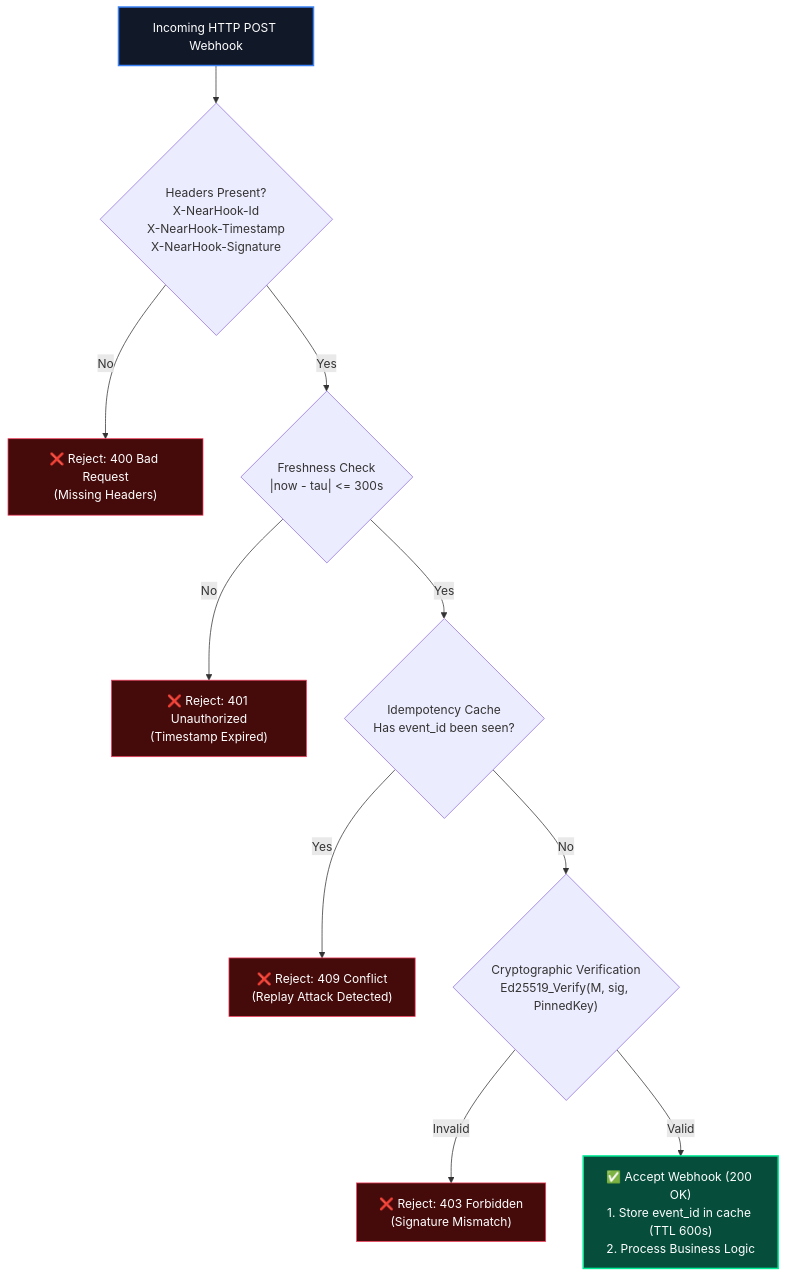
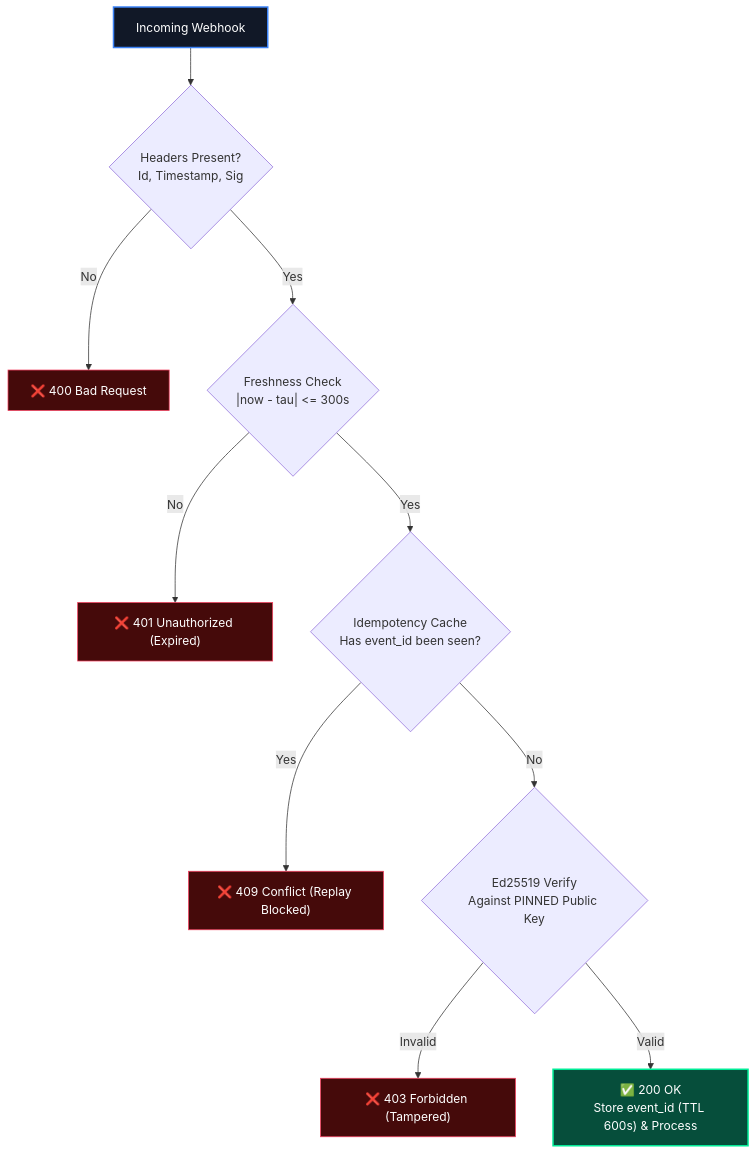
The fourth of 7 diagrams in whitepaper.md (Team-Managed/NEARHook), drawn with Mermaid before and after one commit. The commit also changed other lines of this file and 4 other files, not shown here.

````diff
--- a/whitepaper.md
+++ b/whitepaper.md
@@ -295,19 +189,19 @@
 ```mermaid
 flowchart TD
-    Start["Incoming HTTP POST Webhook"] --> HeaderCheck{"Headers Present?<br/>X-NearHook-Id<br/>X-NearHook-Timestamp<br/>X-NearHook-Signature"}
-    HeaderCheck -- "No" --> Reject1["❌ Reject: 400 Bad Request<br/>(Missing Headers)"]
+    Start["Incoming Webhook"] --> HeaderCheck{"Headers Present?<br/>Id, Timestamp, Sig"}
+    HeaderCheck -- "No" --> Reject1["❌ 400 Bad Request"]
     HeaderCheck -- "Yes" --> FreshnessCheck{"Freshness Check<br/>|now - tau| <= 300s"}
-    FreshnessCheck -- "No" --> Reject2["❌ Reject: 401 Unauthorized<br/>(Timestamp Expired)"]
+    FreshnessCheck -- "No" --> Reject2["❌ 401 Unauthorized (Expired)"]
     FreshnessCheck -- "Yes" --> IdempotencyCheck{"Idempotency Cache<br/>Has event_id been seen?"}
-    IdempotencyCheck -- "Yes" --> Reject3["❌ Reject: 409 Conflict<br/>(Replay Attack Detected)"]
-    IdempotencyCheck -- "No" --> CryptoCheck{"Cryptographic Verification<br/>Ed25519_Verify(M, sig, PinnedKey)"}
-    CryptoCheck -- "Invalid" --> Reject4["❌ Reject: 403 Forbidden<br/>(Signature Mismatch)"]
-    CryptoCheck -- "Valid" --> Accept["✅ Accept Webhook (200 OK)<br/>1. Store event_id in cache (TTL 600s)<br/>2. Process Business Logic"]
+    IdempotencyCheck -- "Yes" --> Reject3["❌ 409 Conflict (Replay Blocked)"]
+    IdempotencyCheck -- "No" --> CryptoCheck{"Ed25519 Verify<br/>Against PINNED Public Key"}
+    CryptoCheck -- "Invalid" --> Reject4["❌ 403 Forbidden (Tampered)"]
+    CryptoCheck -- "Valid" --> Accept["✅ 200 OK<br/>Store event_id (TTL 600s) & Process"]
 
     style Start fill:#111827,stroke:#3B82F6,stroke-width:2px,color:#fff
     style Reject1 fill:#450A0A,stroke:#F43F5E,stroke-width:1px,color:#fff
     style Reject2 fill:#450A0A,stroke:#F43F5E,stroke-width:1px,color:#fff
     style Reject3 fill:#450A0A,stroke:#F43F5E,stroke-width:1px,color:#fff
     style Reject4 fill:#450A0A,stroke:#F43F5E,stroke-width:1px,color:#fff
     style Accept fill:#064E3B,stroke:#00EC97,stroke-width:2px,color:#fff
 ```
````
